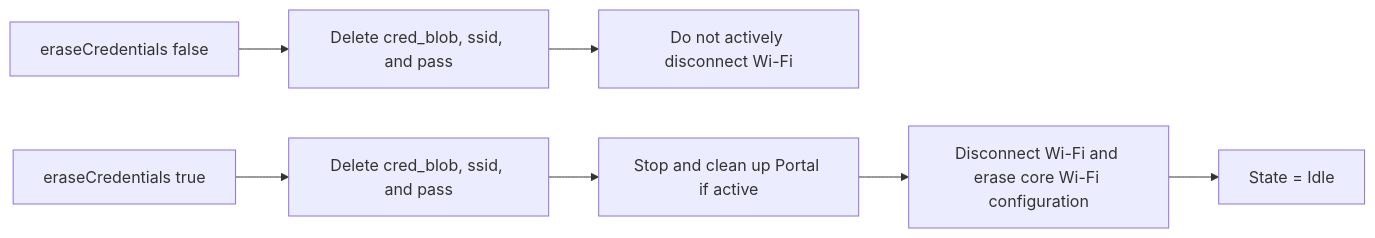
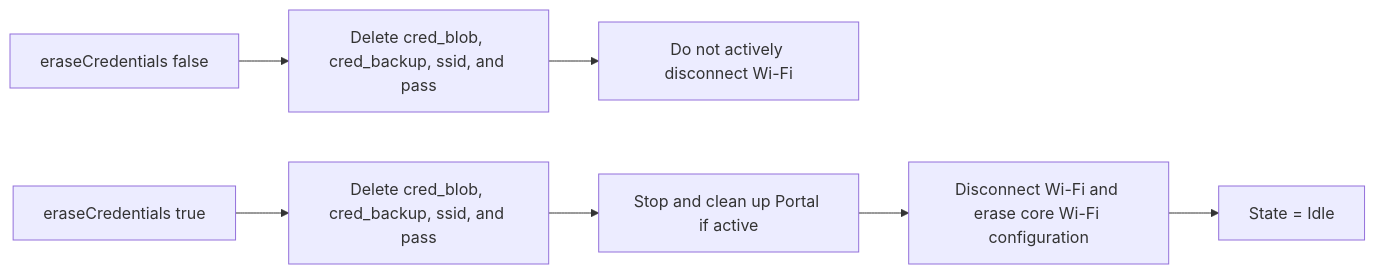
Before and after one commit to NguyenHien-8/ESP32WiFiPortal: the eighth of 11 diagrams in docs/FlowChart_EN.md, drawn with Mermaid. The commit also changed other lines of this file and 23 other files, not shown here.

````diff
--- a/docs/FlowChart_EN.md
+++ b/docs/FlowChart_EN.md
@@ -238,9 +240,9 @@
 ```mermaid
 flowchart LR
-    A[eraseCredentials false] --> B[Delete cred_blob, ssid, and pass]
+    A[eraseCredentials false] --> B[Delete cred_blob, cred_backup, ssid, and pass]
     B --> C[Do not actively disconnect Wi-Fi]
-    D[eraseCredentials true] --> F[Delete cred_blob, ssid, and pass]
+    D[eraseCredentials true] --> F[Delete cred_blob, cred_backup, ssid, and pass]
     F --> E[Stop and clean up Portal if active]
     E --> G[Disconnect Wi-Fi and erase core Wi-Fi configuration]
     G --> H[State = Idle]
 ```
````
